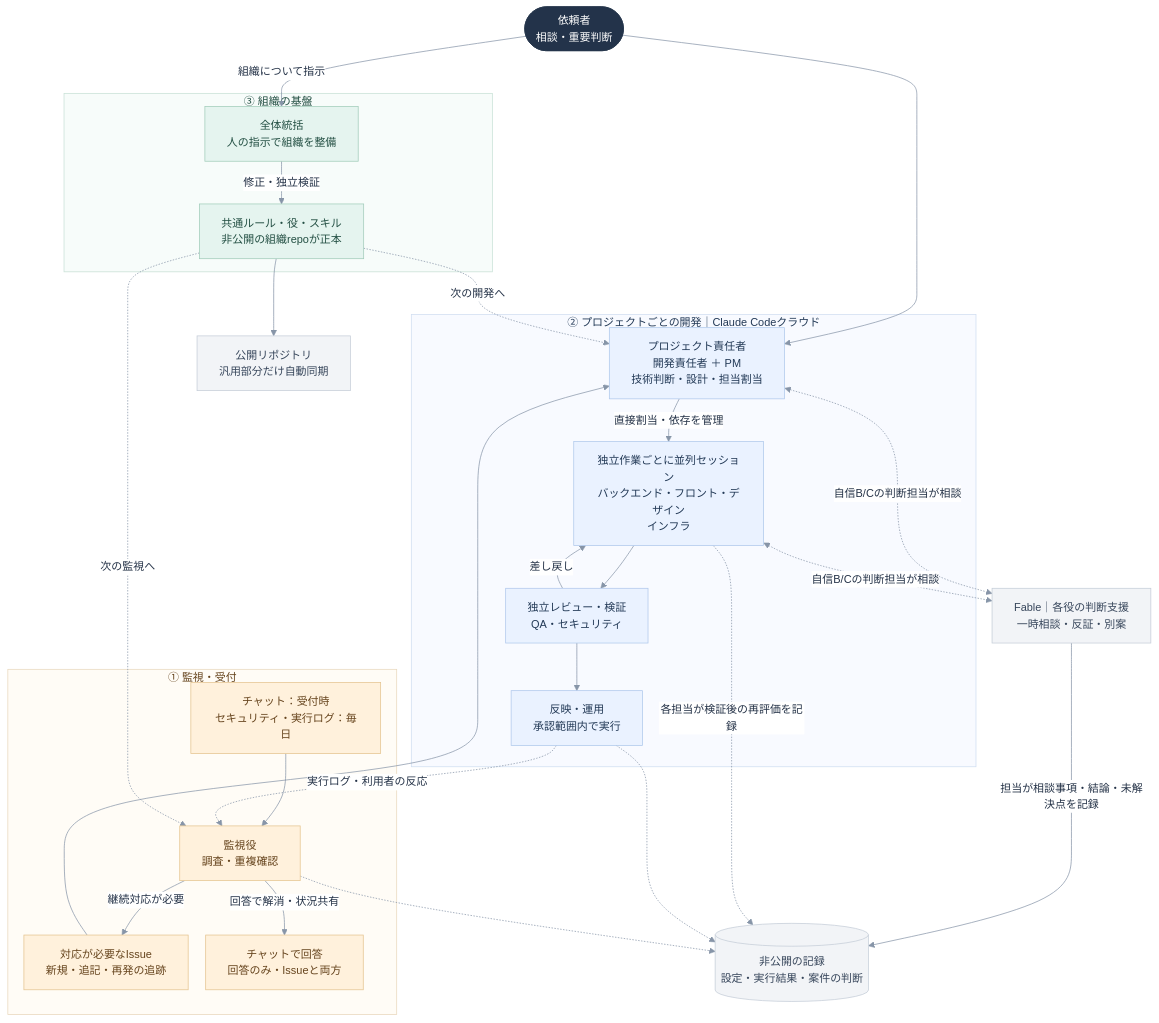
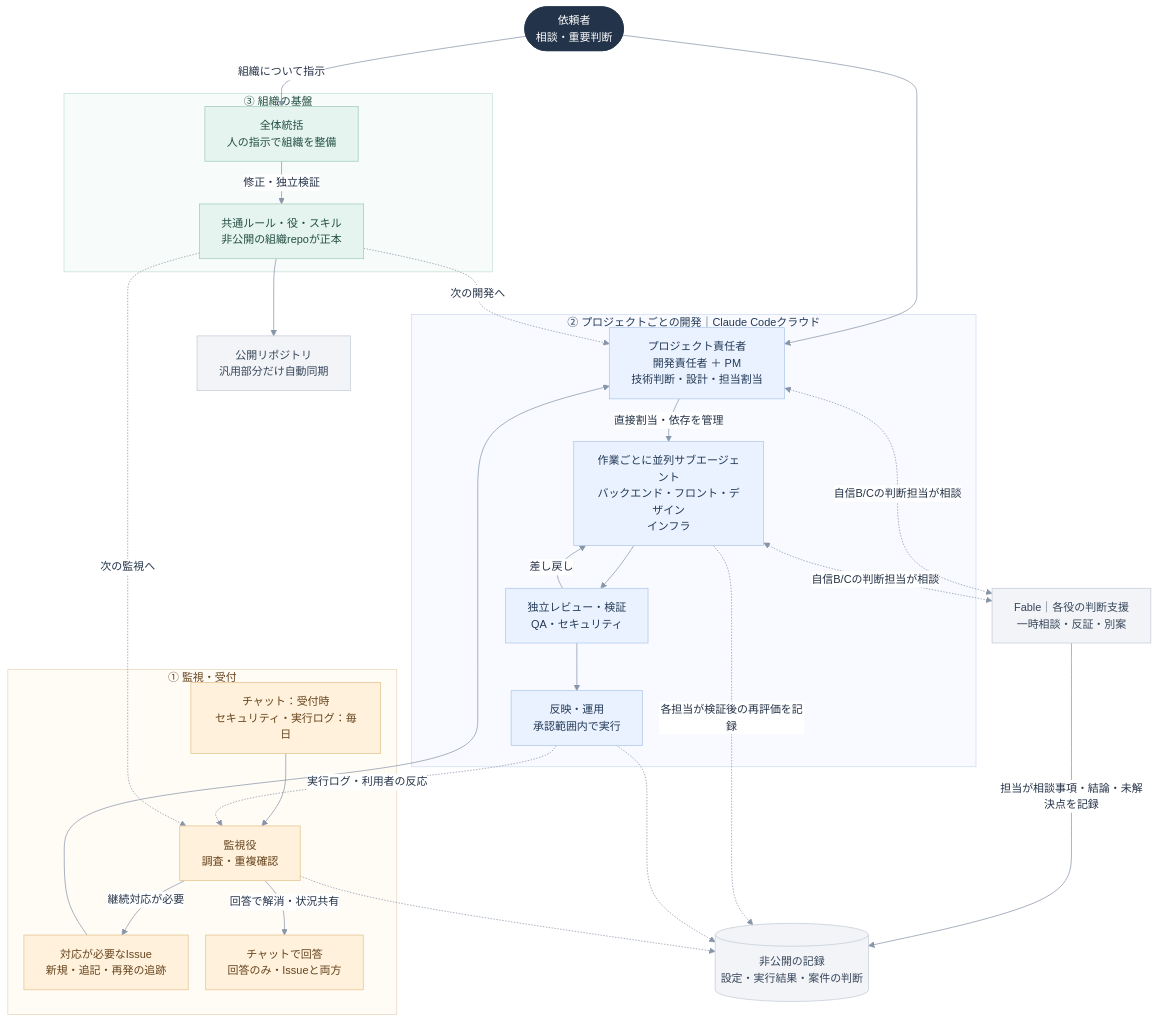
One commit to yufyaj/engineer-org-public changed the diagram in 組織/組織図.md. Above: the diagram before and after it, drawn with Mermaid. The commit also changed 2 other files, not shown here.

Commit message:
Sync common rules

````diff
--- a/組織/組織図.md
+++ b/組織/組織図.md
@@ -3,61 +3,61 @@
 ```mermaid
 %%{init: {'theme': 'base', 'themeVariables': {'fontFamily': 'sans-serif', 'fontSize': '15px', 'primaryTextColor': '#243247', 'lineColor': '#8795a8', 'edgeLabelBackground': '#ffffff'}, 'flowchart': {'curve': 'basis', 'nodeSpacing': 24, 'rankSpacing': 36}}}%%
 flowchart TB
     USER(["依頼者<br/>相談・重要判断"])
 
     subgraph MONITOR["① 監視・受付"]
         INPUT["チャット：受付時<br/>セキュリティ・実行ログ：毎日"]
         WATCH["監視役<br/>調査・重複確認"]
         ISSUE["対応が必要なIssue<br/>新規・追記・再発の追跡"]
         REPLY["チャットで回答<br/>回答のみ・Issueと両方"]
         INPUT --> WATCH -->|継続対応が必要| ISSUE
         WATCH -->|回答で解消・状況共有| REPLY
     end
 
     subgraph PROJECT["② プロジェクトごとの開発｜Claude Codeクラウド"]
         OWNER["プロジェクト責任者<br/>開発責任者 ＋ PM<br/>技術判断・設計・担当割当"]
-        TEAM["独立作業ごとに並列セッション<br/>バックエンド・フロント・デザイン<br/>インフラ"]
+        TEAM["作業ごとに並列サブエージェント<br/>バックエンド・フロント・デザイン<br/>インフラ"]
         REVIEW["独立レビュー・検証<br/>QA・セキュリティ"]
         RESULT["反映・運用<br/>承認範囲内で実行"]
         OWNER -->|直接割当・依存を管理| TEAM --> REVIEW --> RESULT
         REVIEW -->|差し戻し| TEAM
     end
 
     subgraph ORG["③ 組織の基盤"]
         LEAD["全体統括<br/>人の指示で組織を整備"]
         RULES["共通ルール・役・スキル<br/>非公開の組織repoが正本"]
         LEAD -->|修正・独立検証| RULES
     end
 
     FABLE["Fable｜各役の判断支援<br/>一時相談・反証・別案"]
     RECORDS[("非公開の記録<br/>設定・実行結果・案件の判断")]
     PUBLIC["公開リポジトリ<br/>汎用部分だけ自動同期"]
 
     USER --> OWNER
     USER -->|組織について指示| LEAD
     ISSUE --> OWNER
     RESULT -.->|実行ログ・利用者の反応| WATCH
     RULES -.->|次の開発へ| OWNER
     RULES -.->|次の監視へ| WATCH
     OWNER <-.->|自信B/Cの判断担当が相談| FABLE
     TEAM <-.->|自信B/Cの判断担当が相談| FABLE
     FABLE -->|担当が相談事項・結論・未解決点を記録| RECORDS
     TEAM -.->|各担当が検証後の再評価を記録| RECORDS
     RESULT -.-> RECORDS
     WATCH -.-> RECORDS
     RULES --> PUBLIC
 
     classDef person fill:#23334a,color:#ffffff,stroke:#23334a;
     classDef development fill:#eaf2ff,color:#223956,stroke:#aec7eb;
     classDef monitoring fill:#fff1dc,color:#65431c,stroke:#e4c38e;
     classDef improvement fill:#e5f4ef,color:#234f43,stroke:#a0cbb9;
     classDef neutral fill:#f2f4f7,color:#37465b,stroke:#c4ccd7;
     class USER person;
     class OWNER,TEAM,REVIEW,RESULT development;
     class INPUT,WATCH,ISSUE,REPLY monitoring;
     class LEAD,RULES improvement;
     class FABLE,RECORDS,PUBLIC neutral;
     style MONITOR fill:#fffcf6,stroke:#e8d7bb,color:#65431c
     style PROJECT fill:#f8faff,stroke:#cfddf0,color:#223956
     style ORG fill:#f7fcfa,stroke:#c7e0d5,color:#234f43
 ```
````
